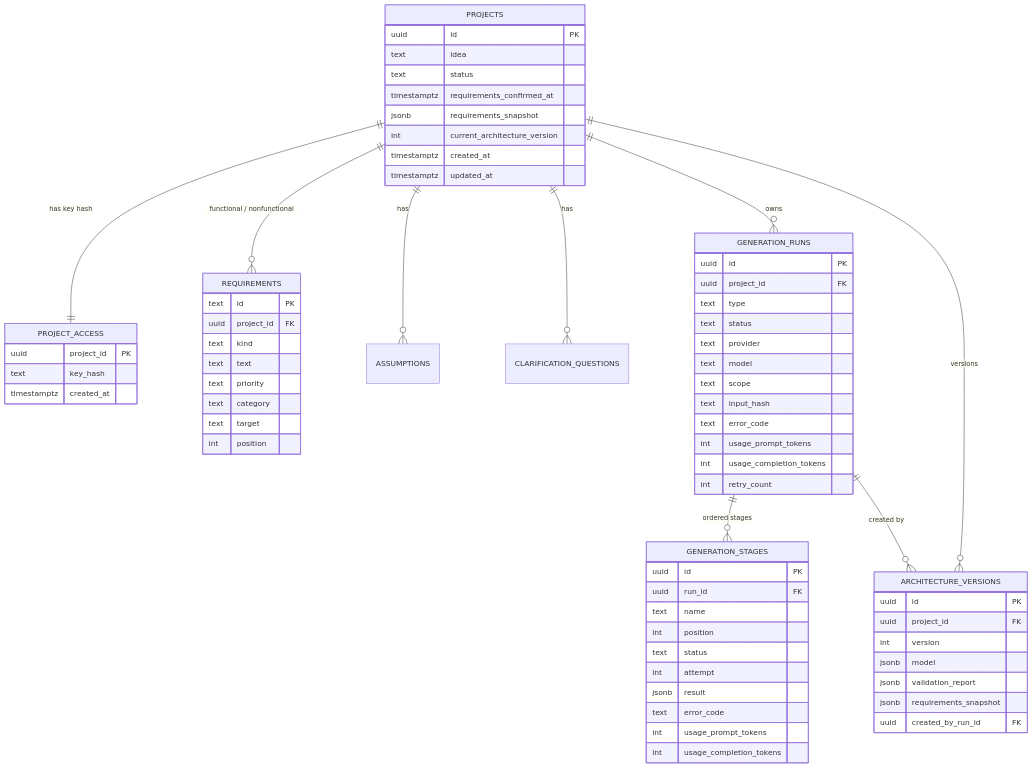
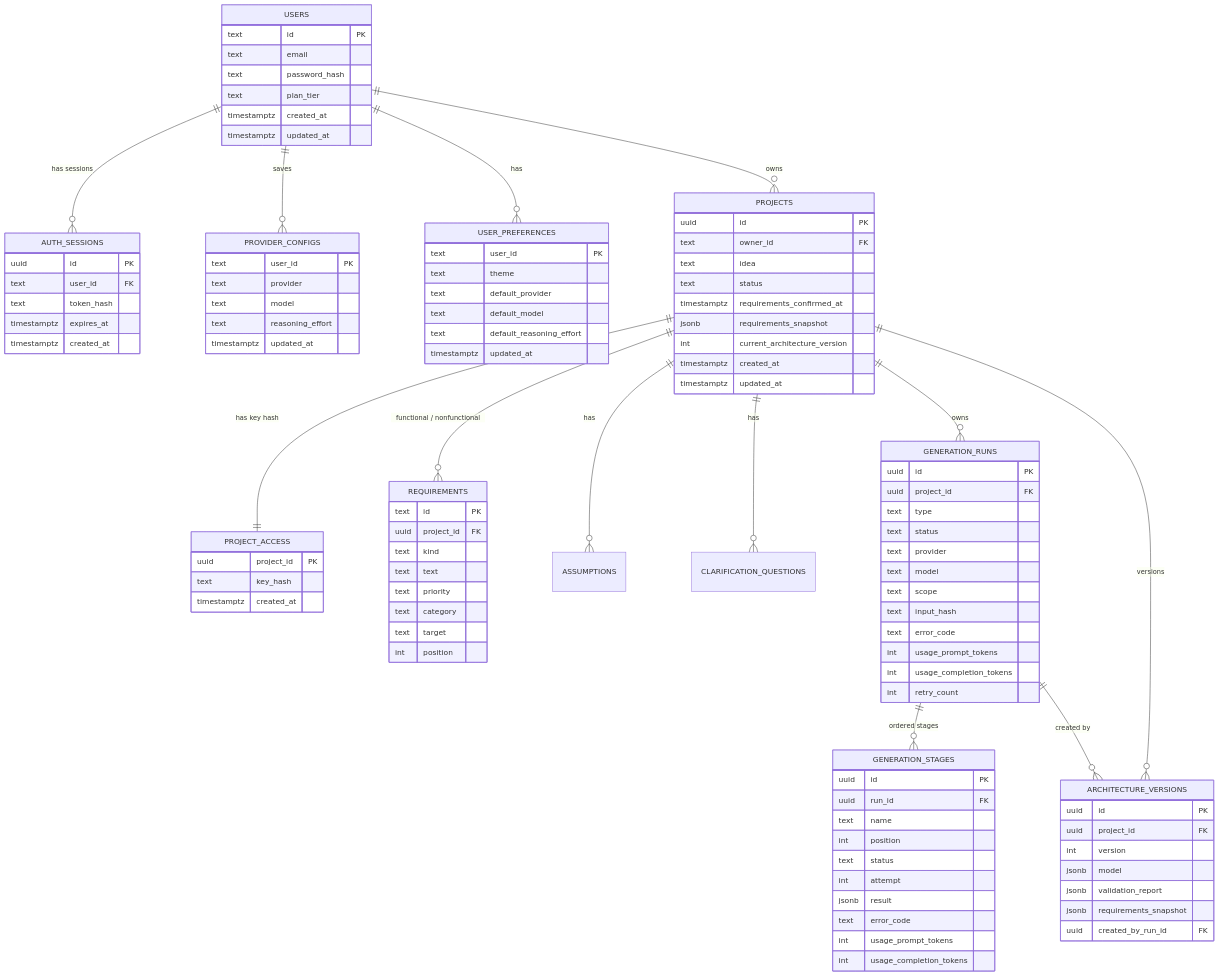
Before and after one commit to yogimait/SDA_SystemDesignForAll: the first of 2 diagrams in backend-server/docs/Data-Model.md, drawn with Mermaid. The commit also changed other lines of this file and 122 other files, not shown here.

Commit message:
Add auth, account, provider config, preferences, dashboard, and narrative/flow-replay UI

````diff
--- a/backend-server/docs/Data-Model.md
+++ b/backend-server/docs/Data-Model.md
@@ -7,5 +7,9 @@
 ```mermaid
 erDiagram
+  USERS ||--o{ AUTH_SESSIONS : "has sessions"
+  USERS ||--o{ PROVIDER_CONFIGS : "saves"
+  USERS ||--o{ USER_PREFERENCES : "has"
+  USERS ||--o{ PROJECTS : "owns"
   PROJECTS ||--|| PROJECT_ACCESS : "has key hash"
   PROJECTS ||--o{ REQUIREMENTS : "functional / nonfunctional"
   PROJECTS ||--o{ ASSUMPTIONS : "has"
@@ -17,12 +21,43 @@
 
   PROJECTS {
     uuid id PK
+    text owner_id FK
     text idea
     text status
     timestamptz requirements_confirmed_at
     jsonb requirements_snapshot
     int current_architecture_version
     timestamptz created_at
+    timestamptz updated_at
+  }
+  USERS {
+    text id PK
+    text email
+    text password_hash
+    text plan_tier
+    timestamptz created_at
+    timestamptz updated_at
+  }
+  AUTH_SESSIONS {
+    uuid id PK
+    text user_id FK
+    text token_hash
+    timestamptz expires_at
+    timestamptz created_at
+  }
+  PROVIDER_CONFIGS {
+    text user_id PK
+    text provider
+    text model
+    text reasoning_effort
+    timestamptz updated_at
+  }
+  USER_PREFERENCES {
+    text user_id PK
+    text theme
+    text default_provider
+    text default_model
+    text default_reasoning_effort
     timestamptz updated_at
   }
   PROJECT_ACCESS {
````
